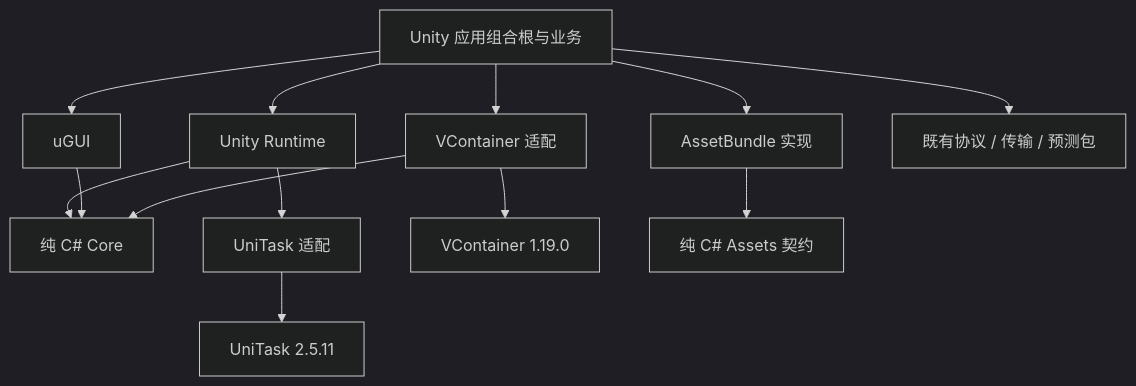
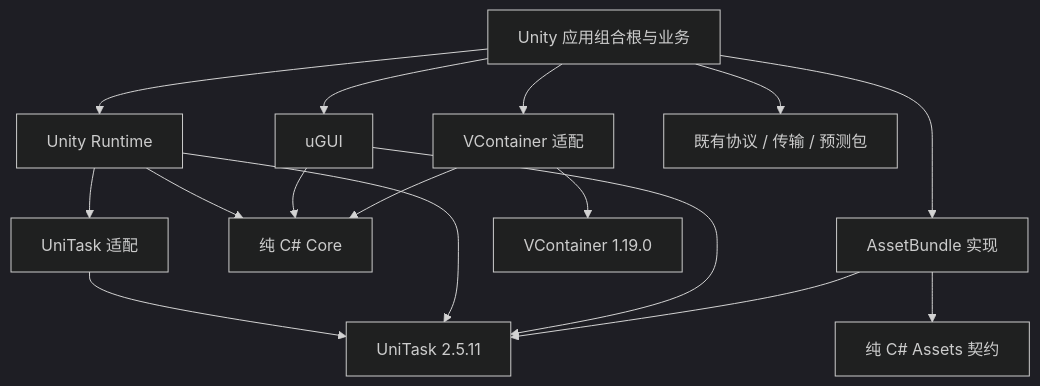
One commit to rayss1/ai-native-unity-framework changed the diagram in Docs/Architecture/dependency-matrix.md. Above: the diagram before and after it, drawn with Mermaid (dark theme). The commit also changed other lines of this file and 77 other files, not shown here.

````diff
--- a/Docs/Architecture/dependency-matrix.md
+++ b/Docs/Architecture/dependency-matrix.md
@@ -68,15 +68,18 @@
 ```mermaid
 flowchart TD
     App[Unity 应用组合根与业务] --> Runtime[Unity Runtime]
     App --> UI[uGUI]
     App --> Bundle[AssetBundle 实现]
     App --> DI[VContainer 适配]
     App --> Network[既有协议 / 传输 / 预测包]
     Runtime --> Core[纯 C# Core]
     Runtime --> Async[UniTask 适配]
     UI --> Core
     DI --> Core
     DI --> VContainer[VContainer 1.19.0]
     Async --> UniTask[UniTask 2.5.11]
+    Runtime --> UniTask
+    UI --> UniTask
+    Bundle --> UniTask
     Bundle --> Assets[纯 C# Assets 契约]
 ```
````
